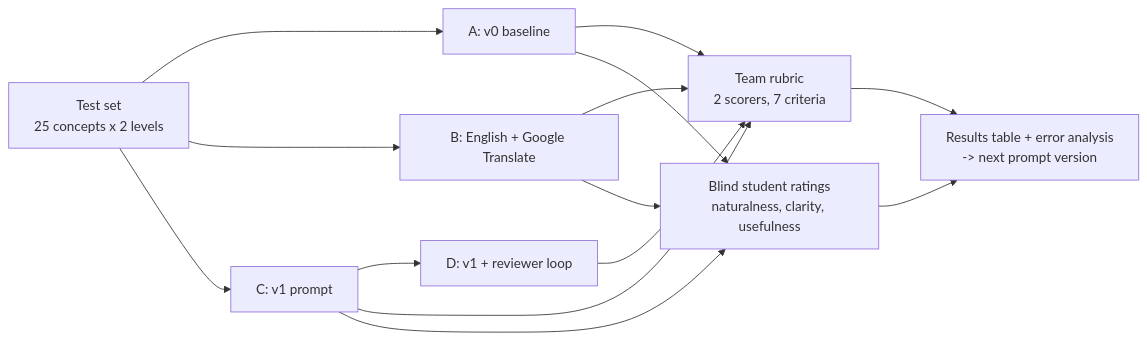
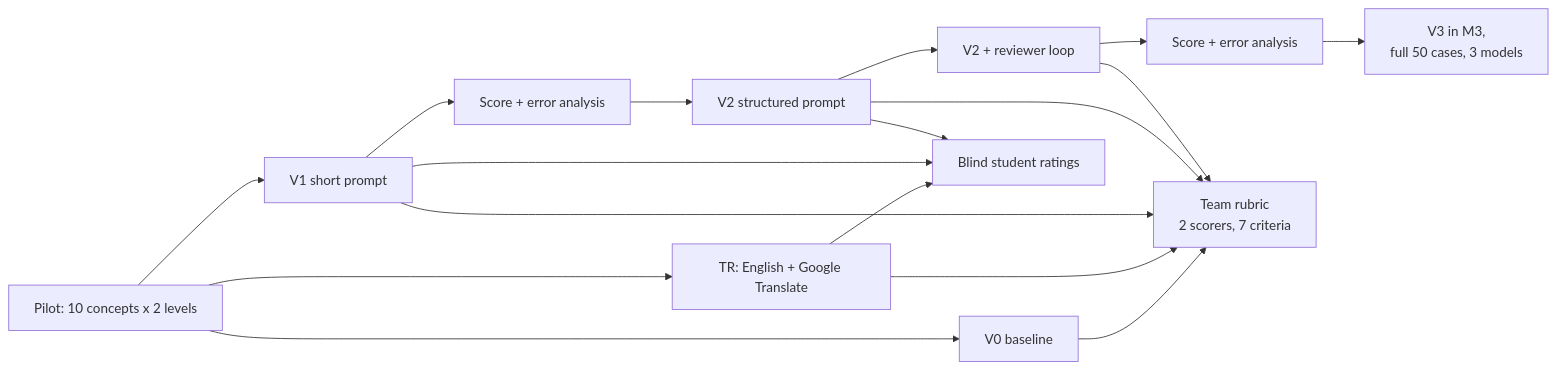
The third of 3 diagrams in design/design.md (jnsuhani/matrabhasha.ai), drawn with Mermaid before and after one commit. The commit also changed other lines of this file and 2 other files, not shown here.

Commit message:
Update design and workflow diagram for the prompt ladder

````diff
--- a/design/design.md
+++ b/design/design.md
@@ -54,10 +57,11 @@
 ```mermaid
 flowchart LR
-    T[Test set<br/>25 concepts x 2 levels] --> A[A: v0 baseline]
-    T --> B[B: English + Google Translate]
-    T --> C[C: v1 prompt]
-    C --> D[D: v1 + reviewer loop]
-    A & B & C & D --> S1[Team rubric<br/>2 scorers, 7 criteria]
-    A & B & C --> S2[Blind student ratings<br/>naturalness, clarity, usefulness]
-    S1 & S2 --> Res[Results table + error analysis<br/>-> next prompt version]
+    T[Pilot: 10 concepts x 2 levels] --> V0[V0 baseline]
+    T --> TR[TR: English + Google Translate]
+    T --> V1[V1 short prompt]
+    V1 --> EA1[Score + error analysis] --> V2[V2 structured prompt]
+    V2 --> V2R[V2 + reviewer loop]
+    V2R --> EA2[Score + error analysis] --> V3[V3 in M3,<br/>full 50 cases, 3 models]
+    V0 & TR & V1 & V2 & V2R --> S1[Team rubric<br/>2 scorers, 7 criteria]
+    TR & V1 & V2 --> S2[Blind student ratings]
 ```
````
